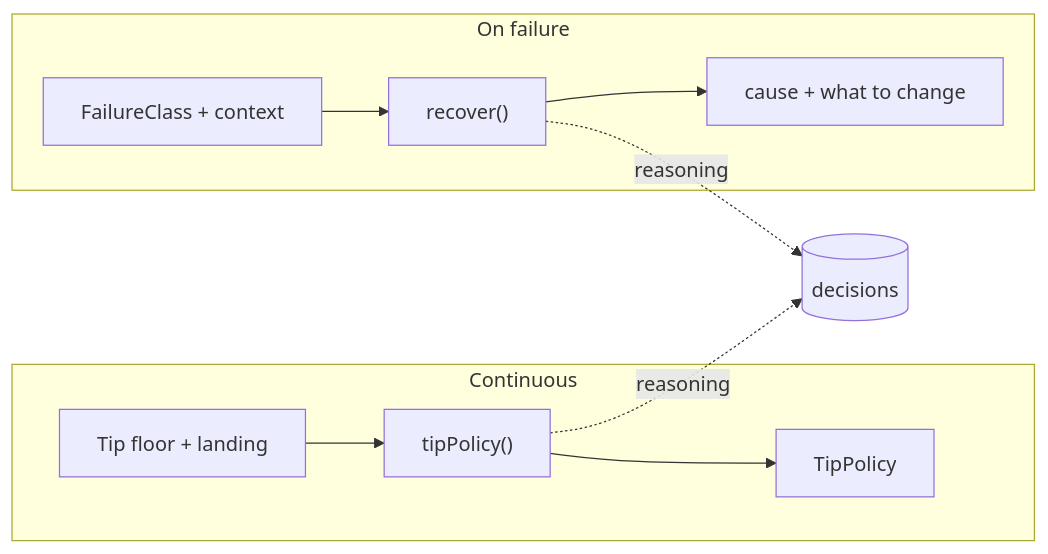
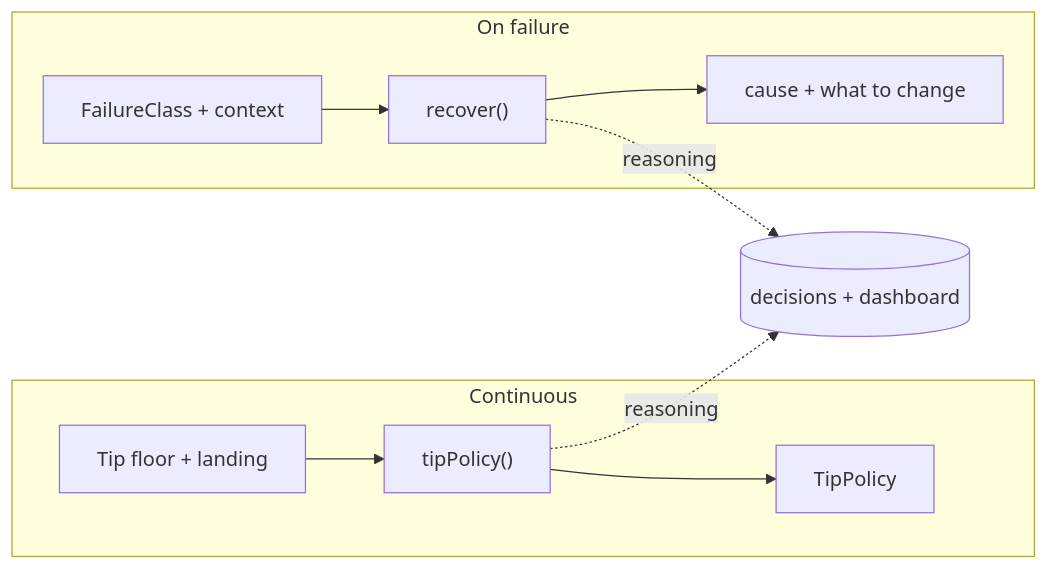
One commit to sadiqsaidu/photon changed the third of 3 diagrams in ARCHITECTURE.md. Above: the diagram before and after it, drawn with Mermaid. The commit also changed other lines of this file and 1 other file, not shown here.

First line of the commit message:
Docs: full install guide and architecture reflecting the built stack

````diff
--- a/ARCHITECTURE.md
+++ b/ARCHITECTURE.md
@@ -188,11 +201,11 @@
 ```mermaid
 flowchart LR
   subgraph LIVE["Continuous"]
     F["Tip floor + landing"] --> TP["tipPolicy()"] --> POL["TipPolicy"]
   end
   subgraph ONFAIL["On failure"]
     FC["FailureClass + context"] --> RC["recover()"] --> RD["cause + what to change"]
   end
-  TP -. reasoning .-> DB[("decisions")]
+  TP -. reasoning .-> DB[("decisions + dashboard")]
   RC -. reasoning .-> DB
 ```
````
